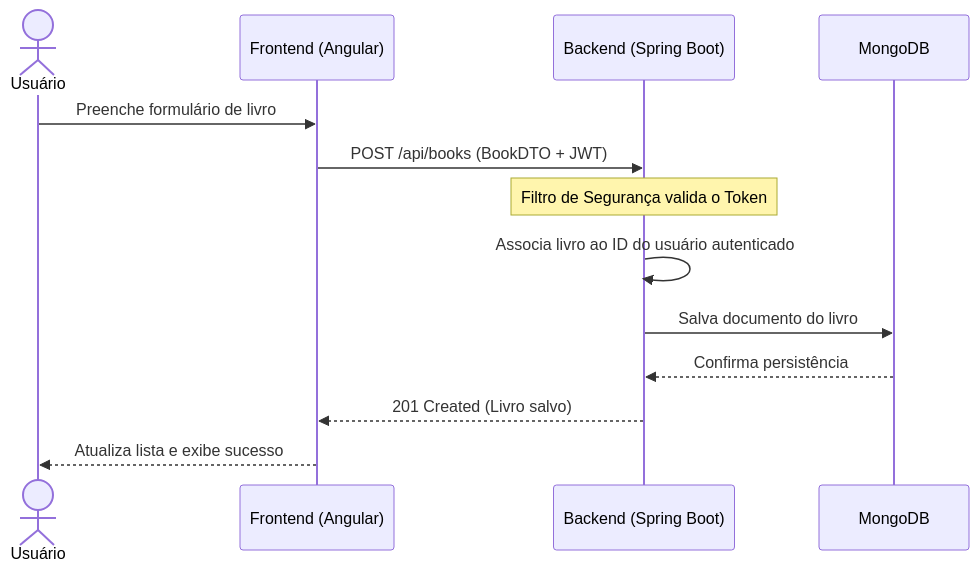
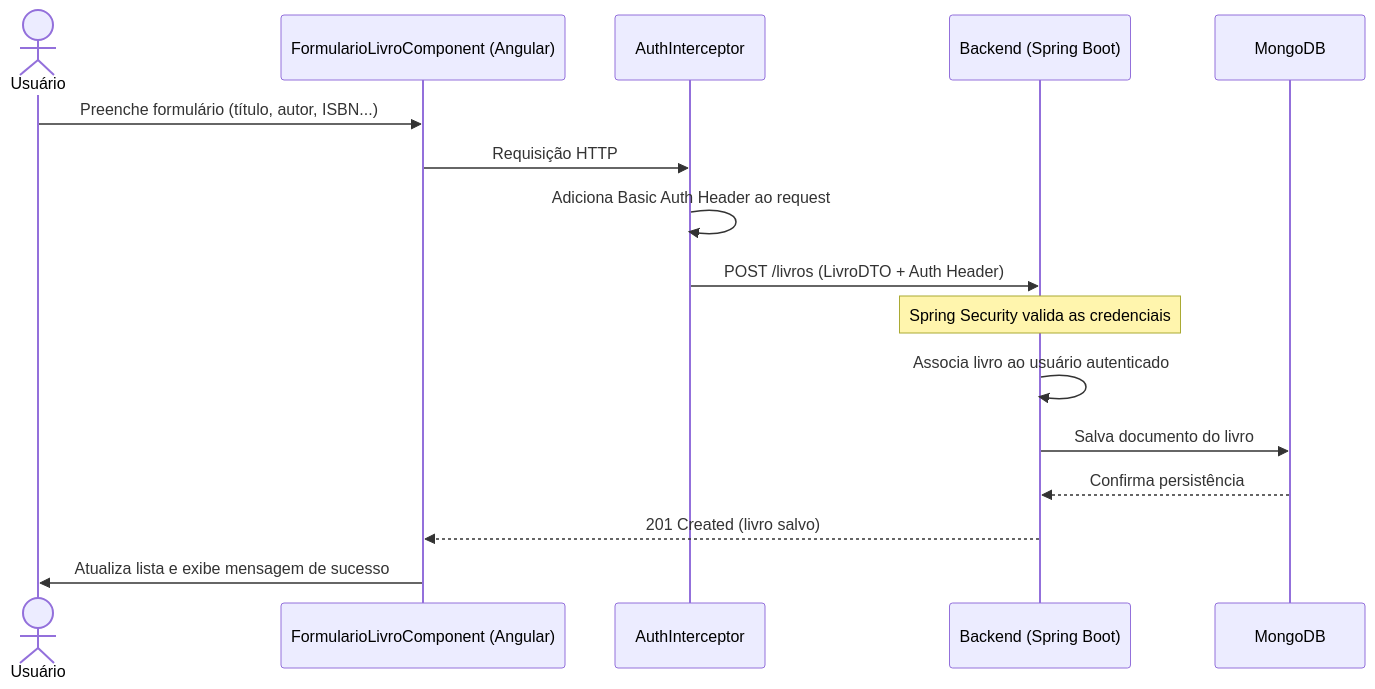
The third of 5 diagrams in Diagrama UML.md (Alex-sampaio-lima/Projeto-Q.A), drawn with Mermaid before and after one commit. The commit also changed other lines of this file and 4 other files, not shown here.

Commit message:
docs: update UML flows, CI/CD documentation, and project README files

````diff
--- a/Diagrama UML.md
+++ b/Diagrama UML.md
@@ -39,19 +71,22 @@
 ```mermaid
 sequenceDiagram
     actor Usuario as Usuário
-    participant Front as Frontend (Angular)
+    participant Front as FormularioLivroComponent (Angular)
+    participant Interceptor as AuthInterceptor
     participant Back as Backend (Spring Boot)
     participant DB as MongoDB
 
-    Usuario->>Front: Preenche formulário de livro
-    Front->>Back: POST /api/books (BookDTO + JWT)
-    
-    Note over Back: Filtro de Segurança valida o Token
-    
-    Back->>Back: Associa livro ao ID do usuário autenticado
+    Usuario->>Front: Preenche formulário (título, autor, ISBN...)
+    Front->>Interceptor: Requisição HTTP
+    Interceptor->>Interceptor: Adiciona Basic Auth Header ao request
+    Interceptor->>Back: POST /livros (LivroDTO + Auth Header)
+
+    Note over Back: Spring Security valida as credenciais
+
+    Back->>Back: Associa livro ao usuário autenticado
     Back->>DB: Salva documento do livro
     DB-->>Back: Confirma persistência
-    
-    Back-->>Front: 201 Created (Livro salvo)
-    Front-->>Usuario: Atualiza lista e exibe sucesso
+
+    Back-->>Front: 201 Created (livro salvo)
+    Front->>Usuario: Atualiza lista e exibe mensagem de sucesso
 ```
````
